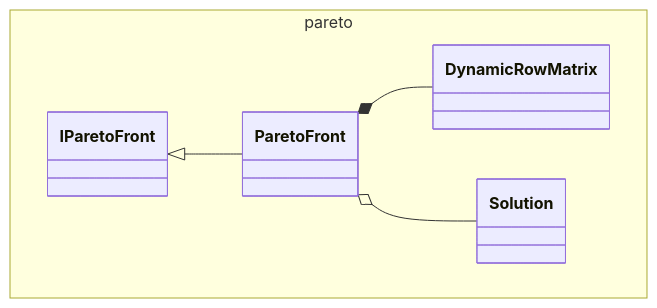
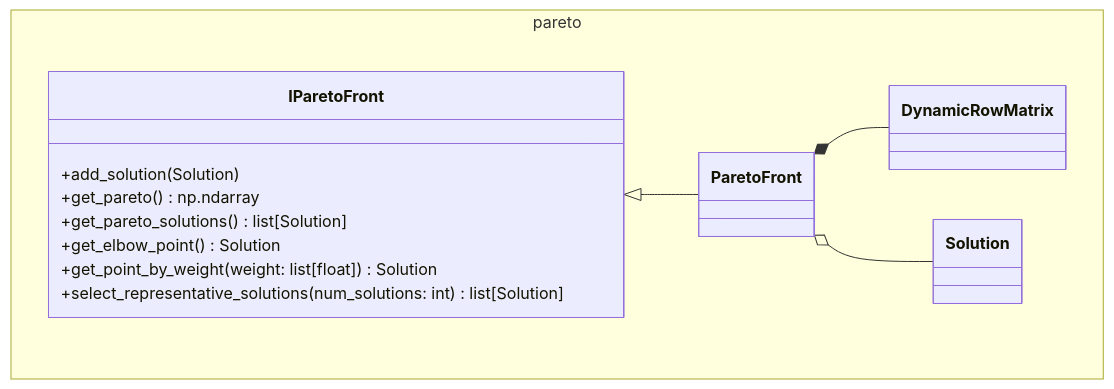
The third of 7 diagrams in README.md (avengerandy/Text2Focus), drawn with Mermaid before and after one commit. The commit also changed other lines of this file, not shown here.

````diff
--- a/README.md
+++ b/README.md
@@ -139,13 +156,20 @@
 ```mermaid
 classDiagram
     namespace pareto {
-        class IParetoFront
+        class IParetoFront {
+            +add_solution(Solution)
+            +get_pareto() np.ndarray
+            +get_pareto_solutions() list[Solution]
+            +get_elbow_point() Solution
+            +get_point_by_weight(weight: list[float]) Solution
+            +select_representative_solutions(num_solutions: int) list[Solution]
+        }
         class ParetoFront
         class DynamicRowMatrix
         class Solution
     }
 
     IParetoFront <|-- ParetoFront
     ParetoFront *-- DynamicRowMatrix
     ParetoFront o-- Solution
 ```
````
